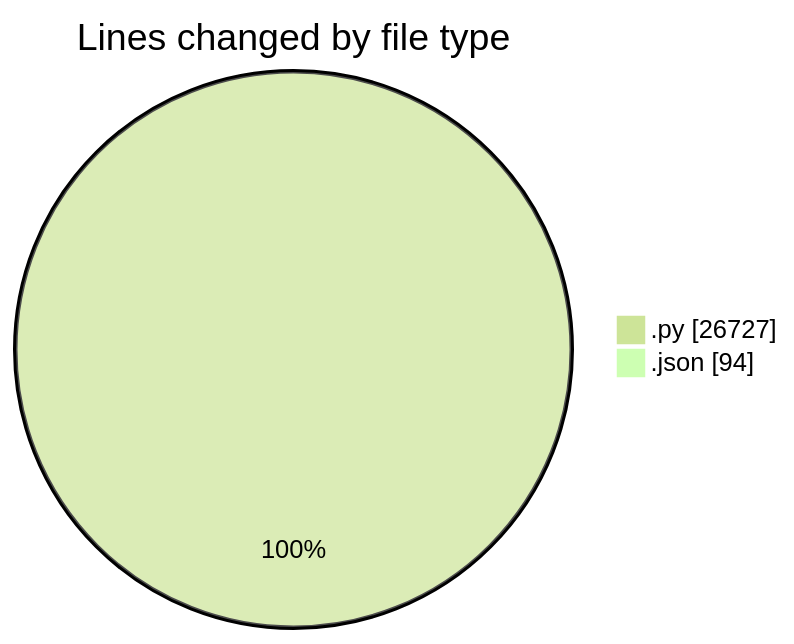
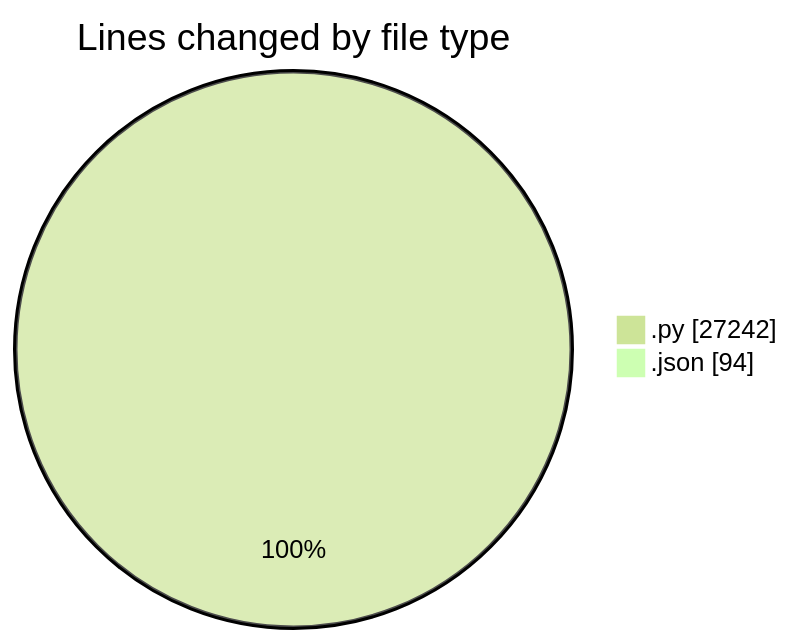
The first of 2 diagrams in 2025-07-14/telebot/README.md (jrari/code-tracking), drawn with Mermaid (forest theme) before and after one commit. The commit also changed other lines of this file and 1 other file, not shown here.

````diff
--- a/2025-07-14/telebot/README.md
+++ b/2025-07-14/telebot/README.md
@@ -51,6 +52,6 @@
 ```mermaid
 pie showData
 title Lines changed by file type
-".py" : 26727
+".py" : 27242
 ".json" : 94
 ```
````
